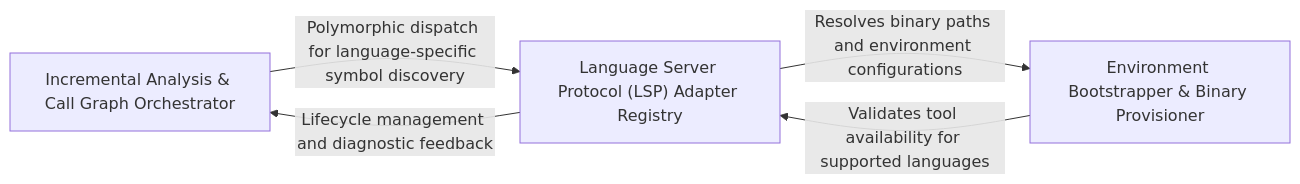
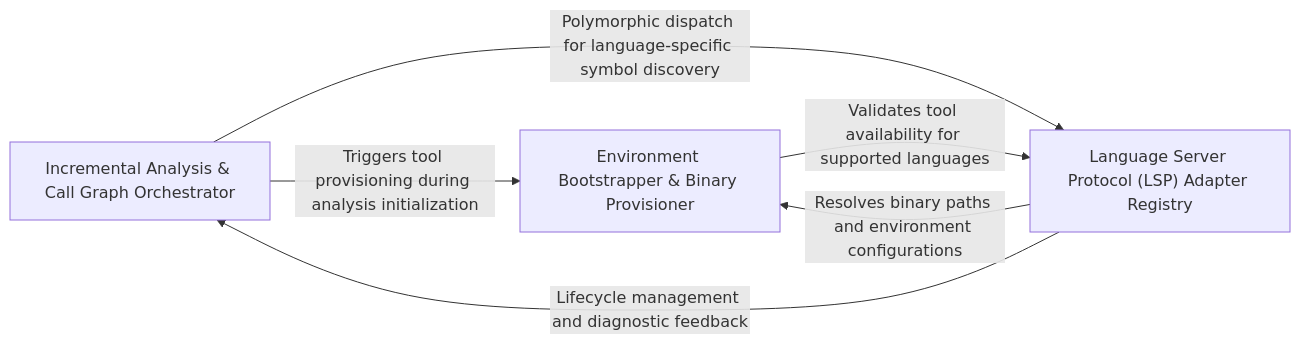
The diagram in .codeboarding/Language_Runtime_Tooling_Manager.md (CodeBoarding/CodeBoarding), drawn with Mermaid before and after one commit. The commit also changed other lines of this file and 11 other files, not shown here.

Commit message:
chore(codeboarding): sync architecture baseline

````diff
--- a/.codeboarding/Language_Runtime_Tooling_Manager.md
+++ b/.codeboarding/Language_Runtime_Tooling_Manager.md
@@ -1,13 +1,14 @@
 ```mermaid
 graph LR
     Incremental_Analysis_Call_Graph_Orchestrator["Incremental Analysis & Call Graph Orchestrator"]
     Environment_Bootstrapper_Binary_Provisioner["Environment Bootstrapper & Binary Provisioner"]
     Language_Server_Protocol_LSP_Adapter_Registry["Language Server Protocol (LSP) Adapter Registry"]
+    Incremental_Analysis_Call_Graph_Orchestrator -- "Triggers tool provisioning during analysis initialization" --> Environment_Bootstrapper_Binary_Provisioner
     Incremental_Analysis_Call_Graph_Orchestrator -- "Polymorphic dispatch for language-specific symbol discovery" --> Language_Server_Protocol_LSP_Adapter_Registry
     Environment_Bootstrapper_Binary_Provisioner -- "Validates tool availability for supported languages" --> Language_Server_Protocol_LSP_Adapter_Registry
     Language_Server_Protocol_LSP_Adapter_Registry -- "Resolves binary paths and environment configurations" --> Environment_Bootstrapper_Binary_Provisioner
     Language_Server_Protocol_LSP_Adapter_Registry -- "Lifecycle management and diagnostic feedback" --> Incremental_Analysis_Call_Graph_Orchestrator
     click Incremental_Analysis_Call_Graph_Orchestrator href "https://github.com/CodeBoarding/CodeBoarding/blob/main/.codeboarding/Incremental_Analysis_Call_Graph_Orchestrator.md" "Details"
     click Environment_Bootstrapper_Binary_Provisioner href "https://github.com/CodeBoarding/CodeBoarding/blob/main/.codeboarding/Environment_Bootstrapper_Binary_Provisioner.md" "Details"
     click Language_Server_Protocol_LSP_Adapter_Registry href "https://github.com/CodeBoarding/CodeBoarding/blob/main/.codeboarding/Language_Server_Protocol_LSP_Adapter_Registry.md" "Details"
 ```
````
